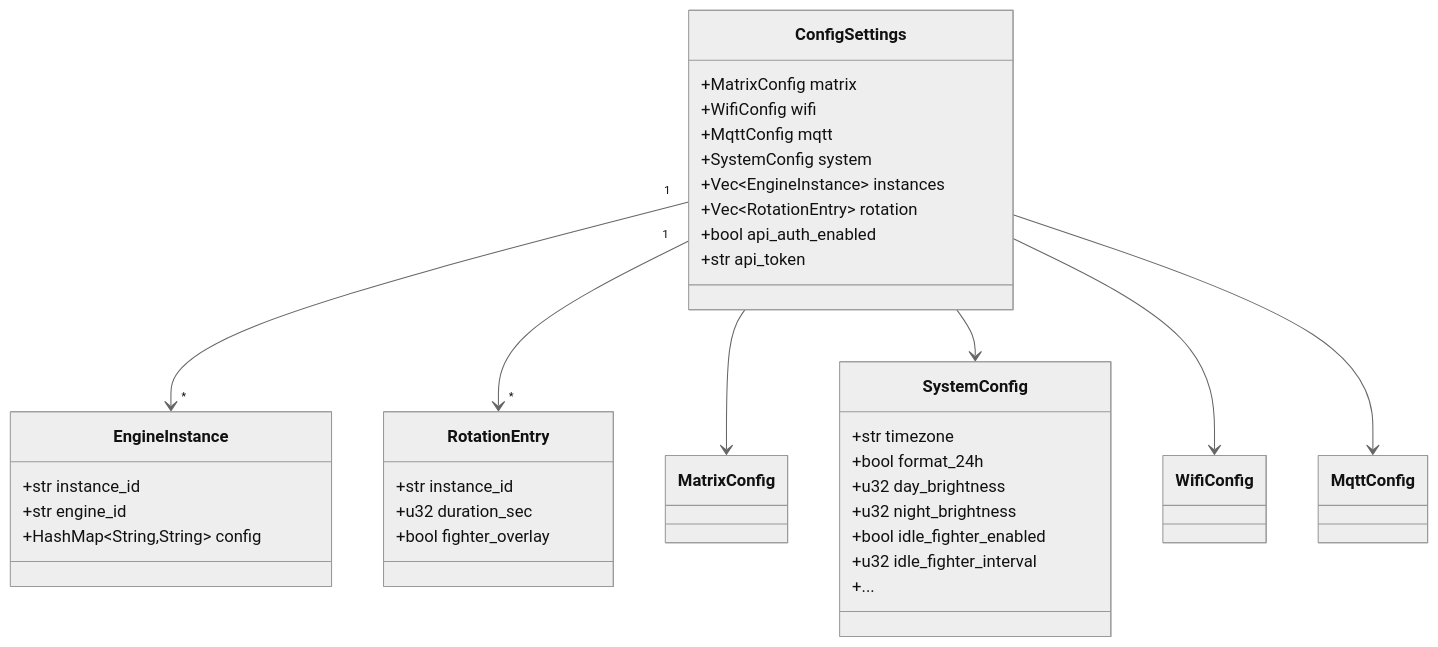
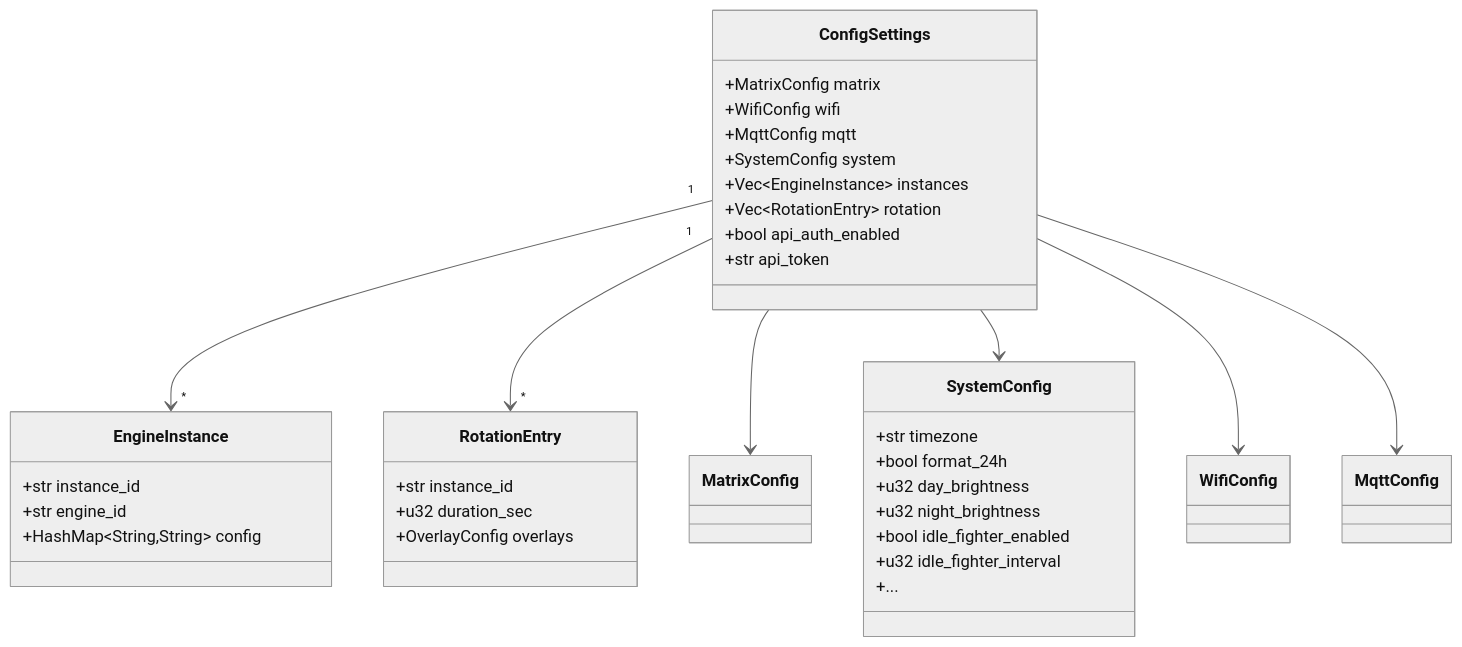
The sixth of 14 diagrams in docs/ARCHITECTURE.md (red77290/ArcadeMatrix_RPI), drawn with Mermaid (neutral theme) before and after one commit. The commit also changed other lines of this file and 87 other files, not shown here.

````diff
--- a/docs/ARCHITECTURE.md
+++ b/docs/ARCHITECTURE.md
@@ -294,38 +298,38 @@
 ```mermaid
 classDiagram
     class ConfigSettings {
         +MatrixConfig matrix
         +WifiConfig wifi
         +MqttConfig mqtt
         +SystemConfig system
         +Vec~EngineInstance~ instances
         +Vec~RotationEntry~ rotation
         +bool api_auth_enabled
         +str api_token
     }
     class EngineInstance {
         +str instance_id
         +str engine_id
         +HashMap~String,String~ config
     }
     class RotationEntry {
         +str instance_id
         +u32 duration_sec
-        +bool fighter_overlay
+        +OverlayConfig overlays
     }
     class SystemConfig {
         +str timezone
         +bool format_24h
         +u32 day_brightness
         +u32 night_brightness
         +bool idle_fighter_enabled
         +u32 idle_fighter_interval
         +...
     }
     ConfigSettings "1" --> "*" EngineInstance
     ConfigSettings "1" --> "*" RotationEntry
     ConfigSettings --> MatrixConfig
     ConfigSettings --> SystemConfig
     ConfigSettings --> WifiConfig
     ConfigSettings --> MqttConfig
 ```
````
